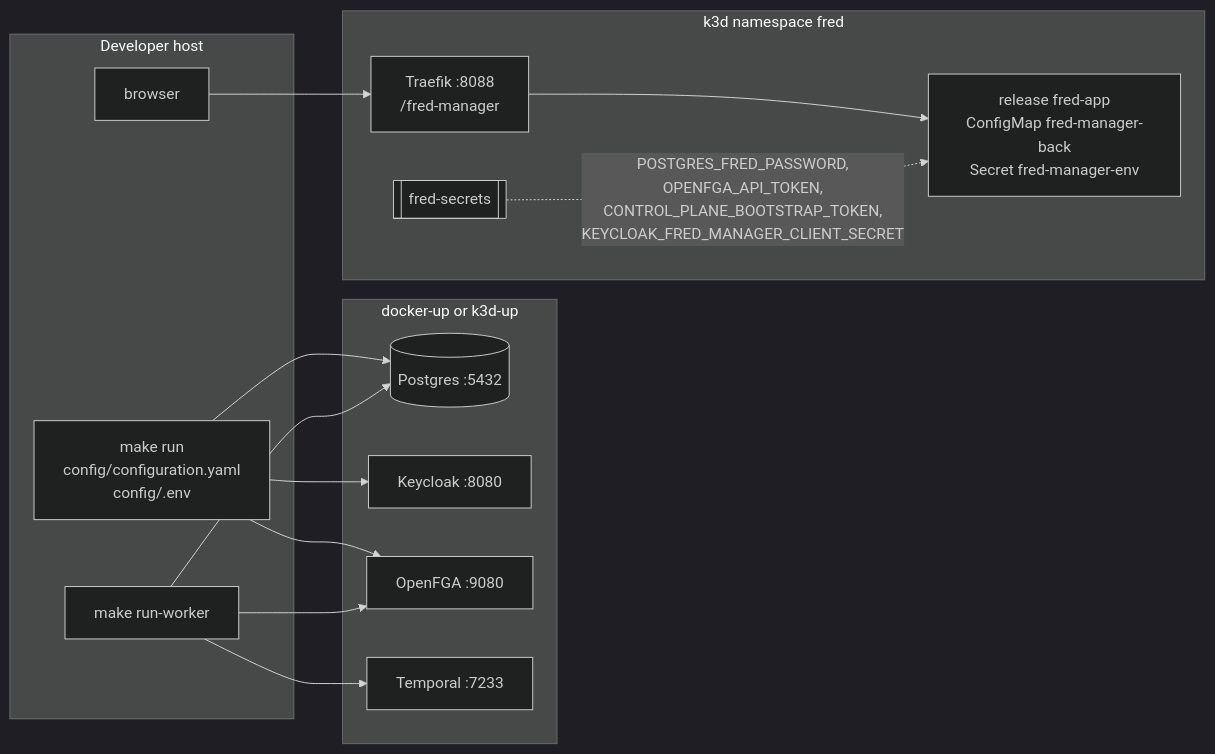
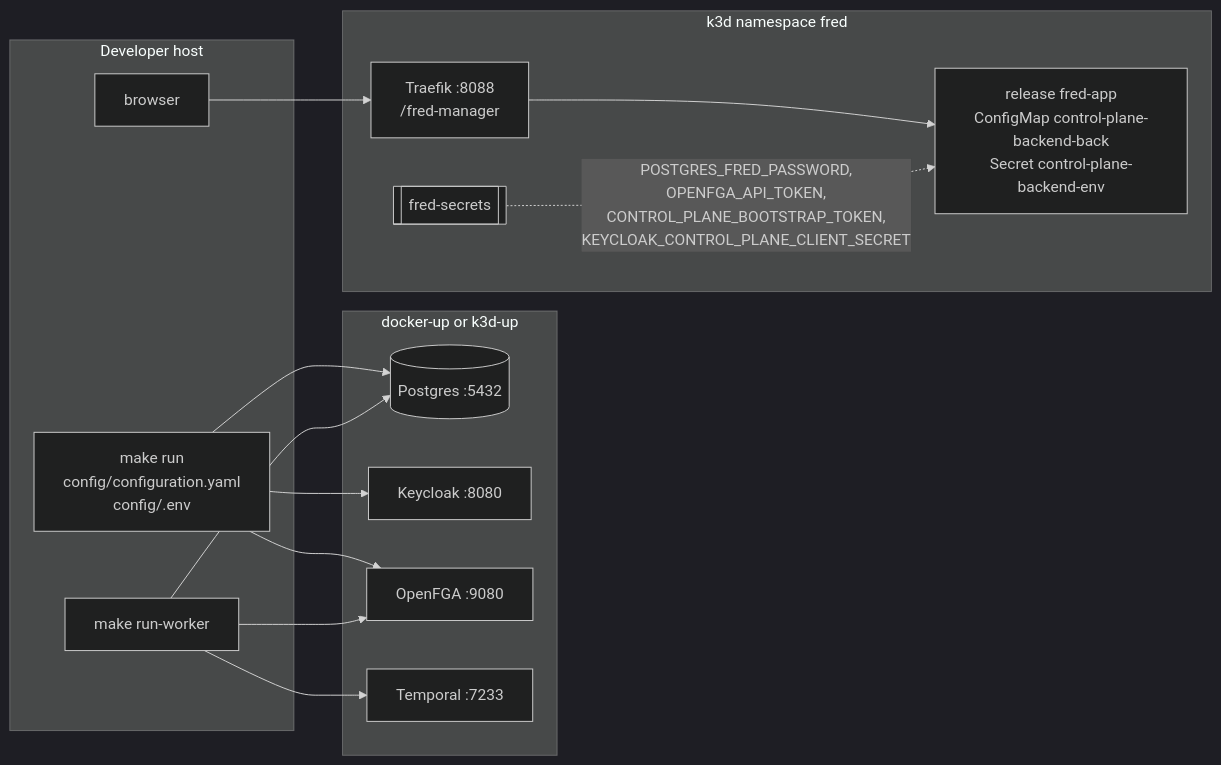
The diagram in docs/architecture/A3-manager-operations.md (ThalesGroup/fred), drawn with Mermaid (dark theme) before and after one commit. The commit also changed other lines of this file and 32 other files, not shown here.

Commit message:
fix: deploy Rust manager through the standard control-plane contract

````diff
--- a/docs/architecture/A3-manager-operations.md
+++ b/docs/architecture/A3-manager-operations.md
@@ -201,23 +201,23 @@
 ```mermaid
 flowchart LR
     subgraph host [Developer host]
         run["make run<br/>config/configuration.yaml<br/>config/.env"]
         worker["make run-worker"]
         browser["browser"]
     end
     subgraph infra [docker-up or k3d-up]
         pg[("Postgres :5432")]
         kc["Keycloak :8080"]
         fga["OpenFGA :9080"]
         tmp["Temporal :7233"]
     end
     subgraph cluster [k3d namespace fred]
-        pod["release fred-app<br/>ConfigMap fred-manager-back<br/>Secret fred-manager-env"]
+        pod["release fred-app<br/>ConfigMap control-plane-backend-back<br/>Secret control-plane-backend-env"]
         secrets[["fred-secrets"]]
         traefik["Traefik :8088<br/>/fred-manager"]
     end
     run --> pg & kc & fga
     worker --> pg & fga & tmp
     browser --> traefik --> pod
-    secrets -. "POSTGRES_FRED_PASSWORD,<br/>OPENFGA_API_TOKEN,<br/>CONTROL_PLANE_BOOTSTRAP_TOKEN,<br/>KEYCLOAK_FRED_MANAGER_CLIENT_SECRET" .-> pod
+    secrets -. "POSTGRES_FRED_PASSWORD,<br/>OPENFGA_API_TOKEN,<br/>CONTROL_PLANE_BOOTSTRAP_TOKEN,<br/>KEYCLOAK_CONTROL_PLANE_CLIENT_SECRET" .-> pod
 ```
````
